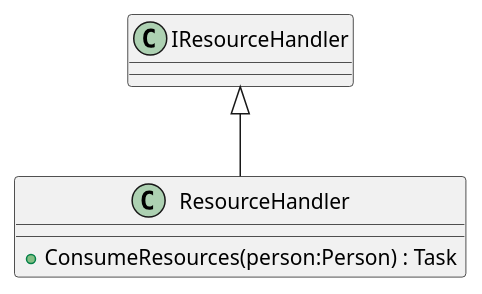
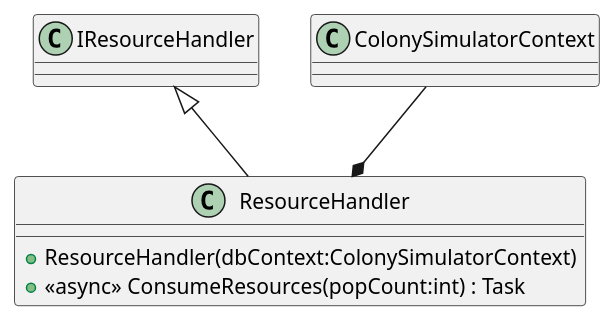
Before and after one commit to kollibroman/ColonySimulator: the diagram in UmlSchemas/ProjectSchema/Handlers/ResourceHandlers/ResourceHandler.puml, drawn with PlantUML. The commit also changed 91 other files, not shown here.

```diff
--- a/UmlSchemas/ProjectSchema/Handlers/ResourceHandlers/ResourceHandler.puml
+++ b/UmlSchemas/ProjectSchema/Handlers/ResourceHandlers/ResourceHandler.puml
@@ -1,6 +1,8 @@
 @startuml
 class ResourceHandler {
-    + ConsumeResources(person:Person) : Task
+    + ResourceHandler(dbContext:ColonySimulatorContext)
+    + <<async>> ConsumeResources(popCount:int) : Task
 }
 IResourceHandler <|-- ResourceHandler
+ColonySimulatorContext --* ResourceHandler
 @enduml
```
